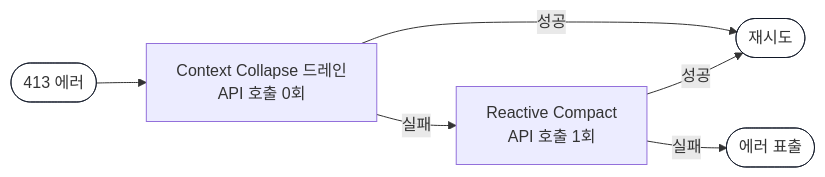
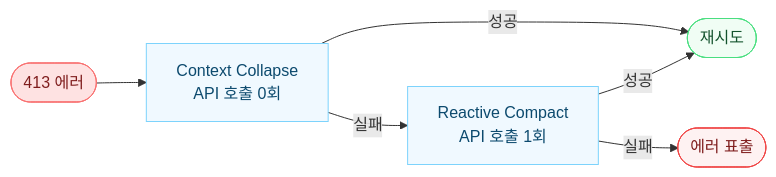
The third of 9 diagrams in _wiki/claude-code.md (currenjin/currenjin.github.io), drawn with Mermaid before and after one commit. The commit also changed other lines of this file and 1 other file, not shown here.

Commit message:
style: Apply color-coded classDef and smooth curves to all diagrams

````diff
--- a/_wiki/claude-code.md
+++ b/_wiki/claude-code.md
@@ -177,12 +181,13 @@
 ```mermaid
 flowchart LR
-    E1([413 에러]) --> R1[Context Collapse 드레인\nAPI 호출 0회]
-    R1 -->|성공| OK1([재시도])
-    R1 -->|실패| R2[Reactive Compact\nAPI 호출 1회]
+    classDef err   fill:#FEE2E2,stroke:#F87171,color:#7f1d1d
+    classDef step  fill:#F0F9FF,stroke:#7DD3FC,color:#0c4a6e
+    classDef ok    fill:#F0FDF4,stroke:#4ADE80,color:#14532d
+    classDef fatal fill:#FEF2F2,stroke:#EF4444,color:#7f1d1d
+
+    E1([413 에러]):::err --> R1[Context Collapse\nAPI 호출 0회]:::step
+    R1 -->|성공| OK1([재시도]):::ok
+    R1 -->|실패| R2[Reactive Compact\nAPI 호출 1회]:::step
     R2 -->|성공| OK1
-    R2 -->|실패| R3([에러 표출])
-
-    style E1 fill:transparent,stroke:#111827
-    style OK1 fill:transparent,stroke:#111827
-    style R3 fill:transparent,stroke:#111827
+    R2 -->|실패| R3([에러 표출]):::fatal
 ```
````
